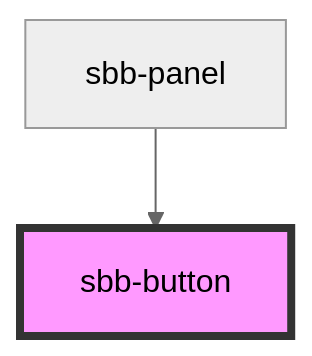
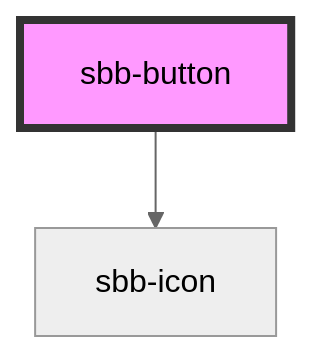
Before and after one commit to sbb-design-systems/lyne-components: the diagram in src/components/sbb-button/readme.md, drawn with Mermaid (neutral theme). The commit also changed other lines of this file and 14 other files, not shown here.

First line of the commit message:
refactor: 1131 sbb-button refactor

````diff
--- a/src/components/sbb-button/readme.md
+++ b/src/components/sbb-button/readme.md
@@ -56,5 +51,5 @@
 ```mermaid
 graph TD;
-  sbb-panel --> sbb-button
+  sbb-button --> sbb-icon
   style sbb-button fill:#f9f,stroke:#333,stroke-width:4px
 ```
````
